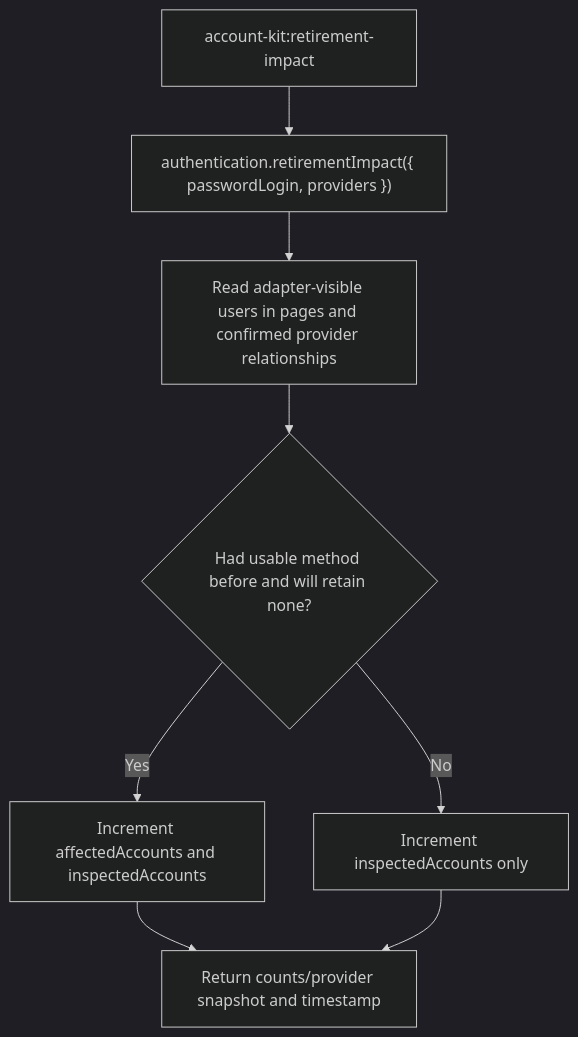
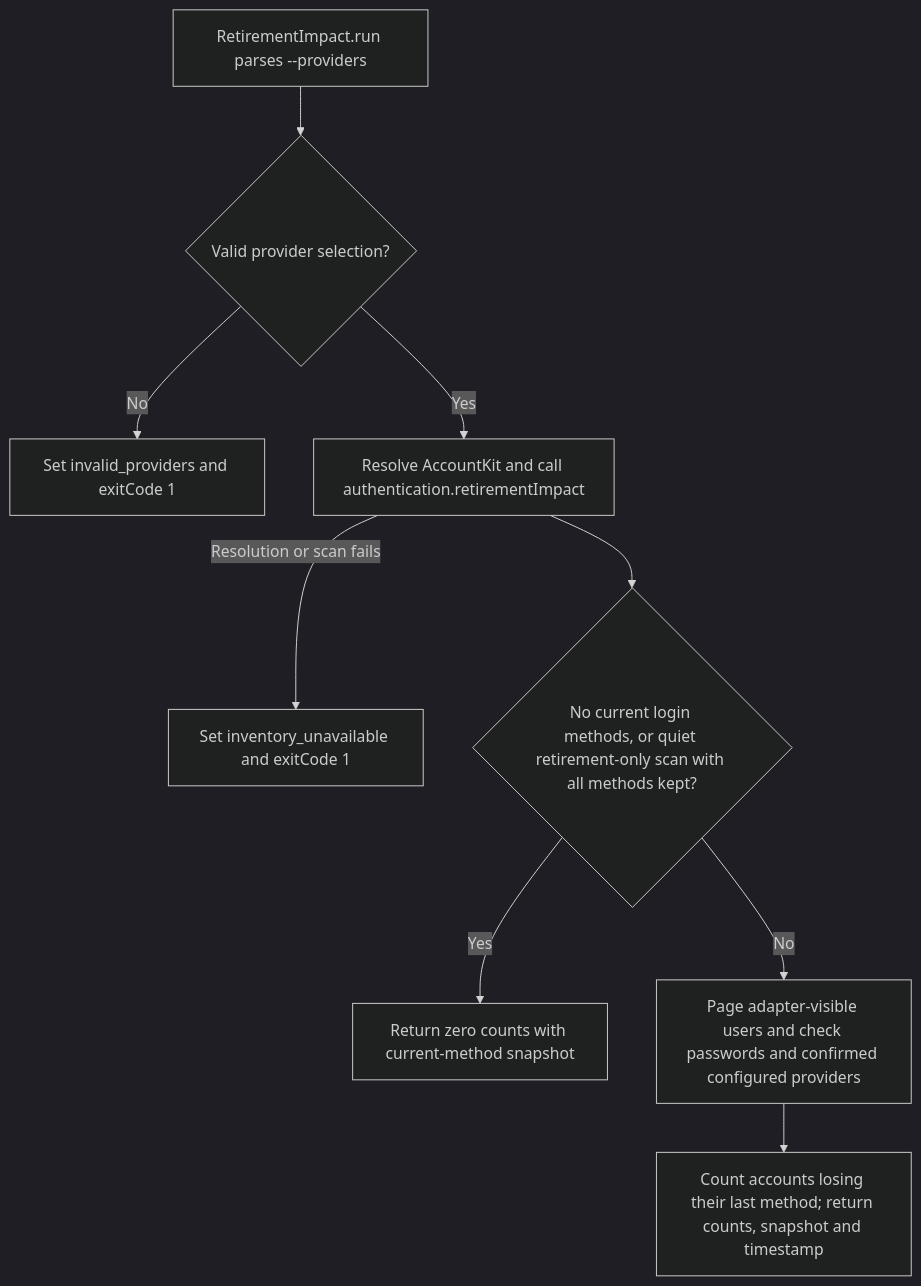
The second of 2 diagrams in user-stories/US-ACCOUNT-44-check-login-retirement-impact.md (Kevinjohn/oss-adonisjs-account-kit), drawn with Mermaid (dark theme) before and after one commit. The commit also changed other lines of this file and 70 other files, not shown here.

Commit message:
Refresh the Account Kit user story catalogue for 0.6.0

````diff
--- a/user-stories/US-ACCOUNT-44-check-login-retirement-impact.md
+++ b/user-stories/US-ACCOUNT-44-check-login-retirement-impact.md
@@ -32,10 +33,11 @@
 ```mermaid
 flowchart TD
- A["account-kit:retirement-impact"] --> B["authentication.retirementImpact({ passwordLogin, providers })"]
- B --> C["Read adapter-visible users in pages and confirmed provider relationships"]
- C --> D{"Had usable method before and will retain none?"}
- D -->|Yes| E["Increment affectedAccounts and inspectedAccounts"]
- D -->|No| F["Increment inspectedAccounts only"]
- E --> G["Return counts/provider snapshot and timestamp"]
- F --> G
+ A["RetirementImpact.run parses --providers"] --> V{"Valid provider selection?"}
+ V -->|No| P["Set invalid_providers and exitCode 1"]
+ V -->|Yes| B["Resolve AccountKit and call authentication.retirementImpact"]
+ B -->|Resolution or scan fails| U["Set inventory_unavailable and exitCode 1"]
+ B --> N{"No current login methods, or quiet retirement-only scan with all methods kept?"}
+ N -->|Yes| Z["Return zero counts with current-method snapshot"]
+ N -->|No| C["Page adapter-visible users and check passwords and confirmed configured providers"]
+ C --> G["Count accounts losing their last method; return counts, snapshot and timestamp"]
 ```
````
